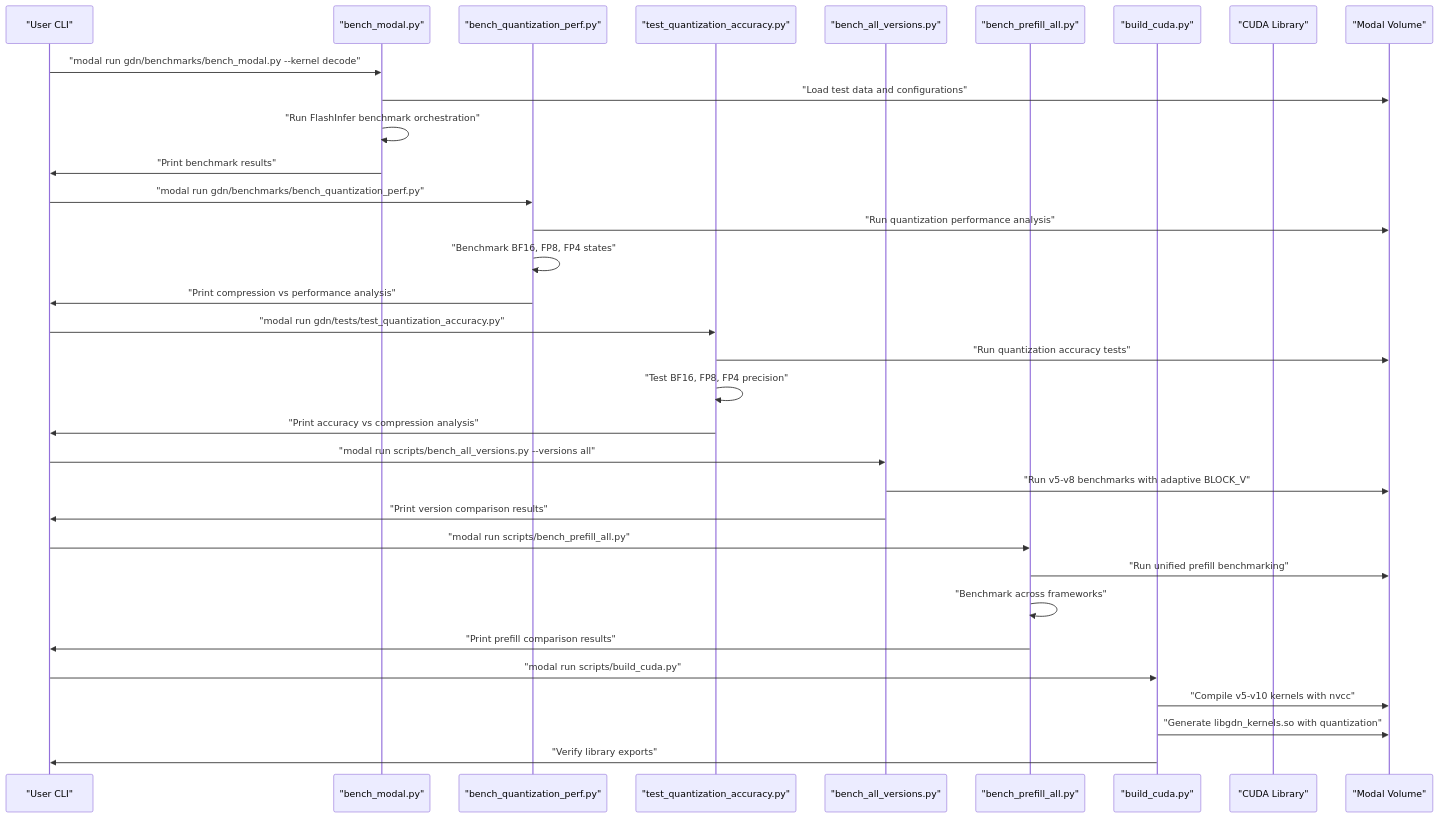
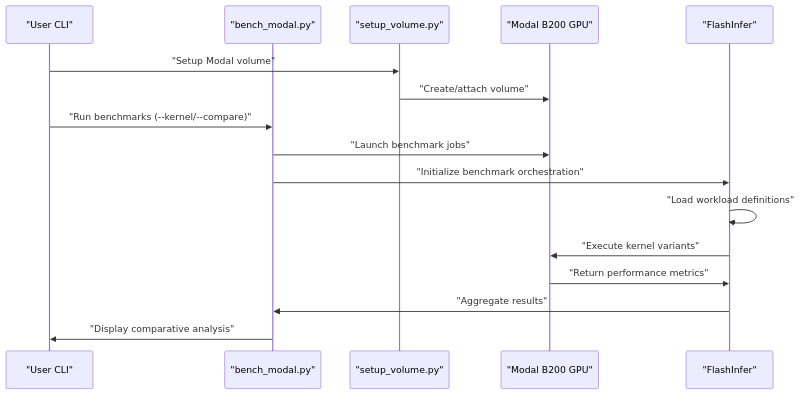
One commit to gugudeshubao/flashinfer-bench-tma-thrust changed the second of 3 diagrams in .qoder/repowiki/en/content/Benchmarking Framework/Benchmarking Framework.md. Above: the diagram before and after it, drawn with Mermaid. The commit also changed other lines of this file and 23 other files, not shown here.

````diff
--- a/.qoder/repowiki/en/content/Benchmarking Framework/Benchmarking Framework.md
+++ b/.qoder/repowiki/en/content/Benchmarking Framework/Benchmarking Framework.md
@@ -232,35 +114,18 @@
 ```mermaid
 sequenceDiagram
 participant CLI as "User CLI"
 participant BM as "bench_modal.py"
-participant BQP as "bench_quantization_perf.py"
-participant TQA as "test_quantization_accuracy.py"
-participant BAV as "bench_all_versions.py"
-participant BPA as "bench_prefill_all.py"
-participant BC as "build_cuda.py"
-participant CUDA as "CUDA Library"
-participant FS as "Modal Volume"
-CLI->>BM : "modal run gdn/benchmarks/bench_modal.py --kernel decode"
-BM->>FS : "Load test data and configurations"
-BM->>BM : "Run FlashInfer benchmark orchestration"
-BM->>CLI : "Print benchmark results"
-CLI->>BQP : "modal run gdn/benchmarks/bench_quantization_perf.py"
-BQP->>FS : "Run quantization performance analysis"
-BQP->>BQP : "Benchmark BF16, FP8, FP4 states"
-BQP->>CLI : "Print compression vs performance analysis"
-CLI->>TQA : "modal run gdn/tests/test_quantization_accuracy.py"
-TQA->>FS : "Run quantization accuracy tests"
-TQA->>TQA : "Test BF16, FP8, FP4 precision"
-TQA->>CLI : "Print accuracy vs compression analysis"
-CLI->>BAV : "modal run scripts/bench_all_versions.py --versions all"
-BAV->>FS : "Run v5-v8 benchmarks with adaptive BLOCK_V"
-BAV->>CLI : "Print version comparison results"
-CLI->>BPA : "modal run scripts/bench_prefill_all.py"
-BPA->>FS : "Run unified prefill benchmarking"
-BPA->>BPA : "Benchmark across frameworks"
-BPA->>CLI : "Print prefill comparison results"
-CLI->>BC : "modal run scripts/build_cuda.py"
-BC->>FS : "Compile v5-v10 kernels with nvcc"
-BC->>FS : "Generate libgdn_kernels.so with quantization"
-BC->>CLI : "Verify library exports"
+participant SV as "setup_volume.py"
+participant MODAL as "Modal B200 GPU"
+participant FLASH as "FlashInfer"
+CLI->>SV : "Setup Modal volume"
+SV->>MODAL : "Create/attach volume"
+CLI->>BM : "Run benchmarks (--kernel/--compare)"
+BM->>MODAL : "Launch benchmark jobs"
+BM->>FLASH : "Initialize benchmark orchestration"
+FLASH->>FLASH : "Load workload definitions"
+FLASH->>MODAL : "Execute kernel variants"
+MODAL->>FLASH : "Return performance metrics"
+FLASH->>BM : "Aggregate results"
+BM->>CLI : "Display comparative analysis"
 ```
````
